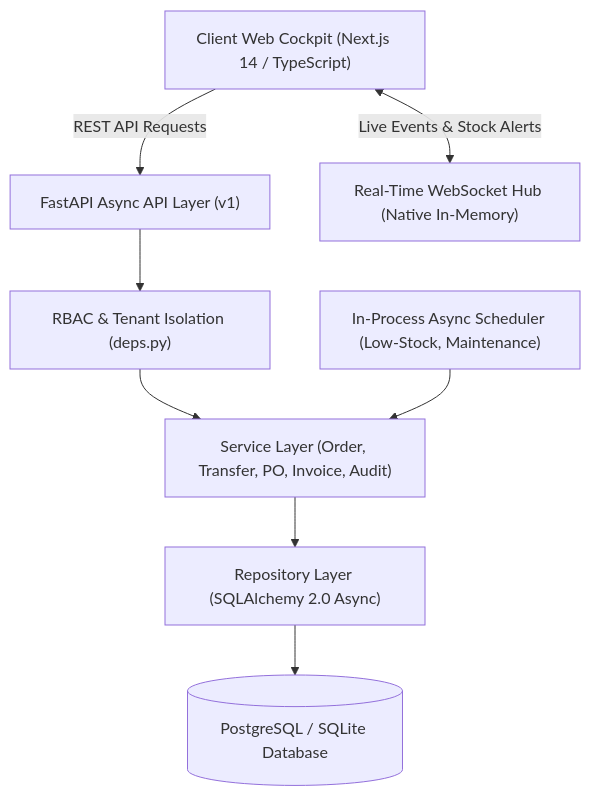
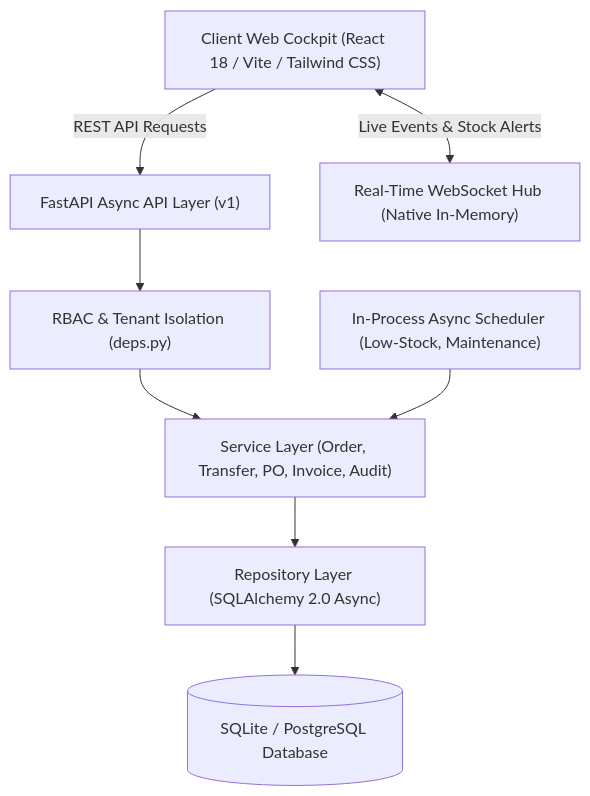
One commit to joshimukesh-15/FlowStock changed the diagram in README.md. Above: the diagram before and after it, drawn with Mermaid. The commit also changed other lines of this file and 20 other files, not shown here.

Commit message:
refactor: align UI with Tier-1 enterprise MNC standards, fix shebang launchers, and update architecture docs

````diff
--- a/README.md
+++ b/README.md
@@ -30,19 +30,19 @@
 ```mermaid
 graph TD
-    Client["Client Web Cockpit (Next.js 14 / TypeScript)"]
+    Client["Client Web Cockpit (React 18 / Vite / Tailwind CSS)"]
     API["FastAPI Async API Layer (v1)"]
     WS["Real-Time WebSocket Hub (Native In-Memory)"]
     Auth["RBAC & Tenant Isolation (deps.py)"]
     Services["Service Layer (Order, Transfer, PO, Invoice, Audit)"]
     Repos["Repository Layer (SQLAlchemy 2.0 Async)"]
-    DB[("PostgreSQL / SQLite Database")]
+    DB[("SQLite / PostgreSQL Database")]
     Jobs["In-Process Async Scheduler (Low-Stock, Maintenance)"]
 
     Client -->|REST API Requests| API
     Client <-->|Live Events & Stock Alerts| WS
     API --> Auth
     Auth --> Services
     Services --> Repos
     Repos --> DB
     Jobs --> Services
 ```
````
